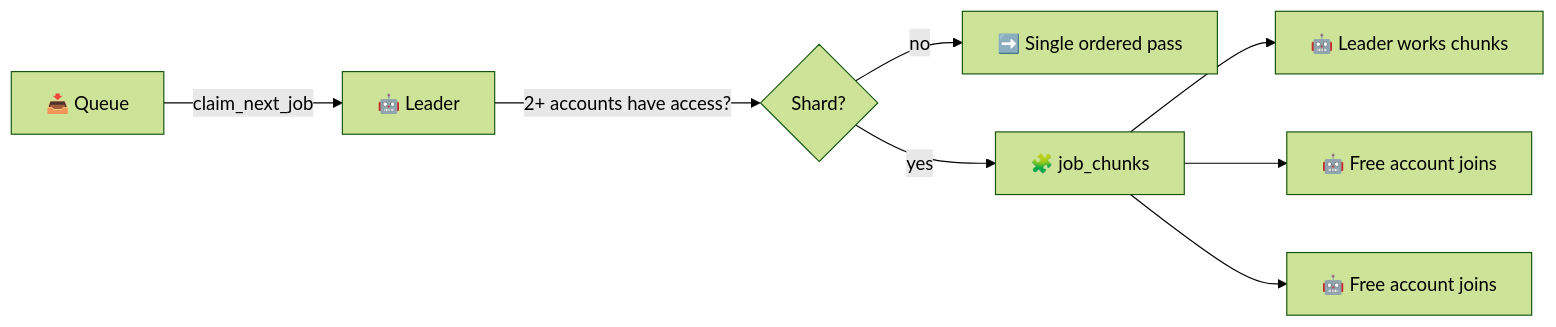
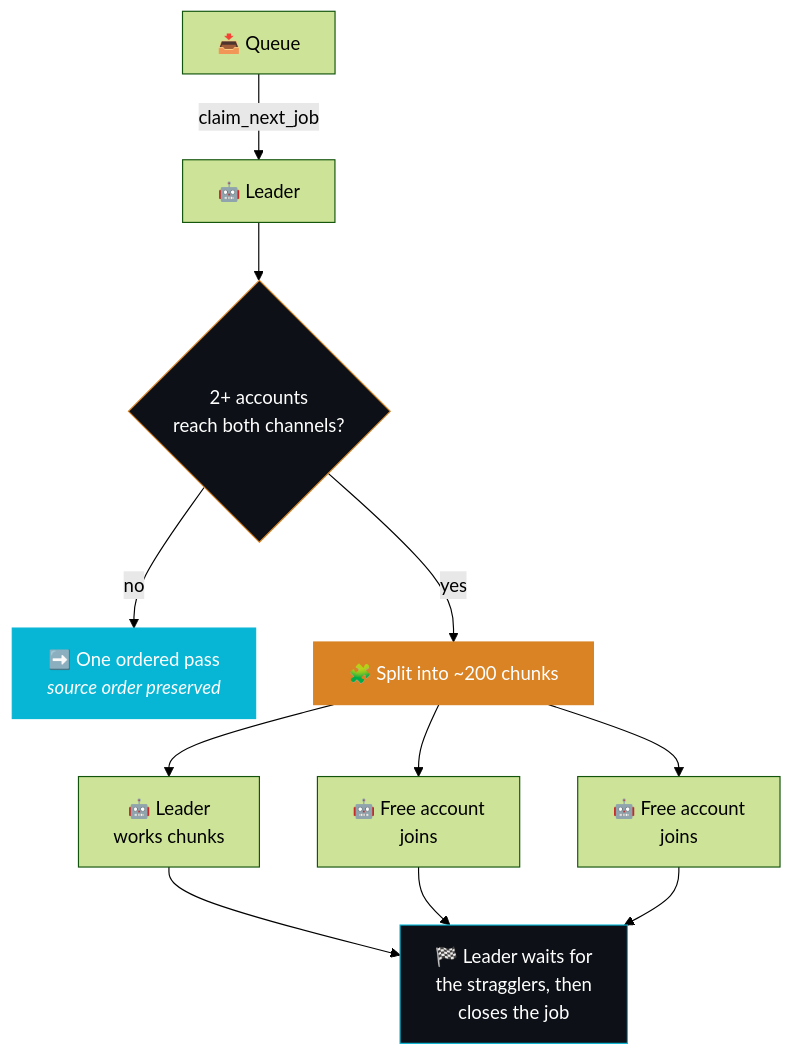
Before and after one commit to Omer-Dahan/MirrioX-Sync: the fourth of 4 diagrams in README.md, drawn with Mermaid (forest theme). The commit also changed other lines of this file and 1 other file, not shown here.

Commit message:
docs: redesign README with banner, diagrams and feature grid

````diff
--- a/README.md
+++ b/README.md
@@ -124,10 +299,18 @@
 ```mermaid
-graph LR
-    Q[📥 Queue] -->|claim_next_job| L[🤖 Leader]
-    L -->|"2+ accounts have access?"| S{"Shard?"}
-    S -->|no| ORDER[➡️ Single ordered pass]
-    S -->|yes| C[🧩 job_chunks]
-    C --> W1[🤖 Leader works chunks]
-    C --> W2[🤖 Free account joins]
-    C --> W3[🤖 Free account joins]
+graph TD
+    Q["📥 Queue"] -->|claim_next_job| L["🤖 Leader"]
+    L --> S{"2+ accounts<br>reach both channels?"}
+    S -->|"no"| ORD["➡️ One ordered pass<br><i>source order preserved</i>"]
+    S -->|"yes"| C["🧩 Split into ~200 chunks"]
+    C --> W1["🤖 Leader<br>works chunks"]
+    C --> W2["🤖 Free account<br>joins"]
+    C --> W3["🤖 Free account<br>joins"]
+    W1 --> F["🏁 Leader waits for<br>the stragglers, then<br>closes the job"]
+    W2 --> F
+    W3 --> F
+
+    style S fill:#0D1117,stroke:#D98324,color:#fff
+    style ORD fill:#06B6D4,stroke:#06B6D4,color:#fff
+    style C fill:#D98324,stroke:#D98324,color:#fff
+    style F fill:#0D1117,stroke:#06B6D4,color:#fff
 ```
````
